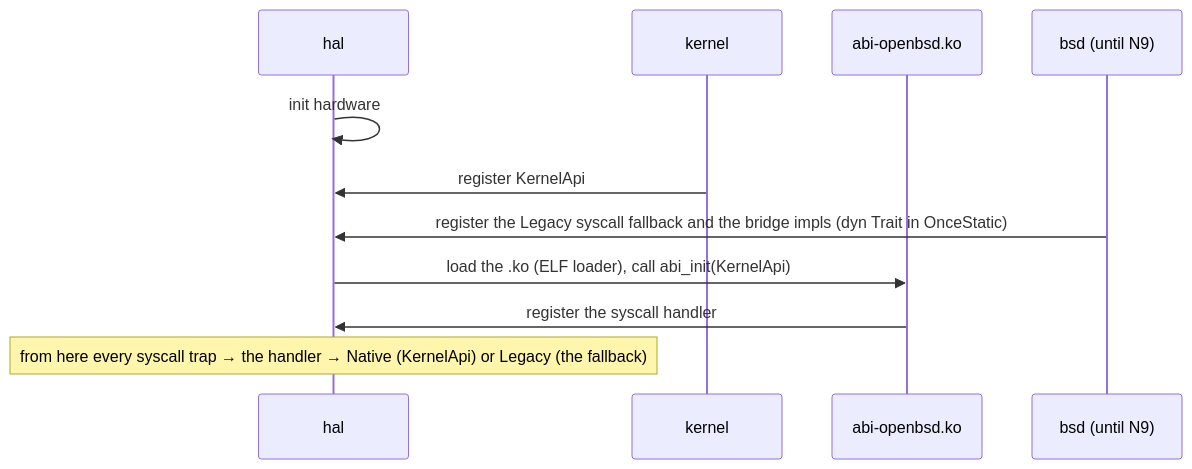
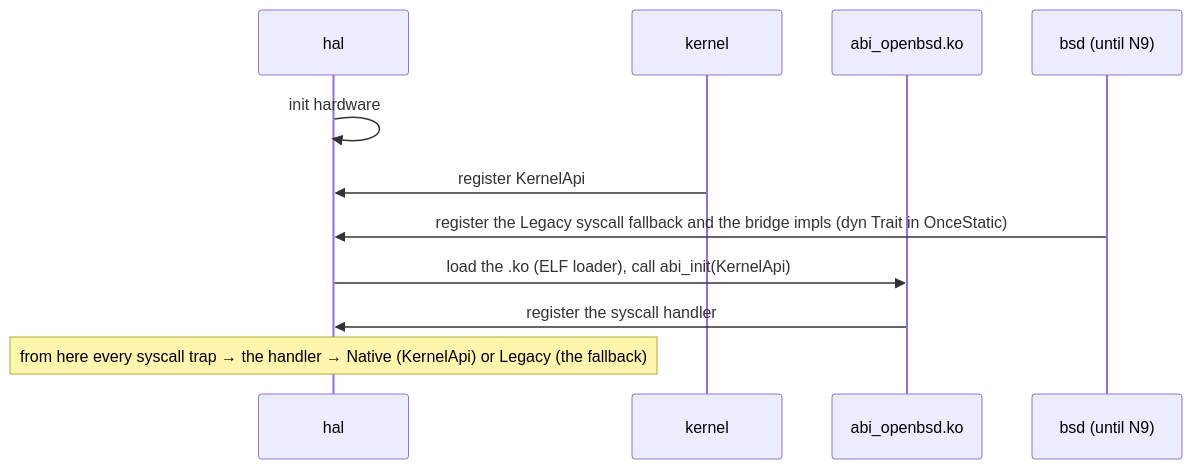
One commit to EmiBSD/Kernel changed the second of 2 diagrams in docs/ZERO_UNSAFE.md. Above: the diagram before and after it, drawn with Mermaid. The commit also changed other lines of this file and 40 other files, not shown here.

First line of the commit message:
build: rename the ABI module to abi_openbsd.ko (decision 38)

````diff
--- a/docs/ZERO_UNSAFE.md
+++ b/docs/ZERO_UNSAFE.md
@@ -40,13 +40,13 @@
 ```mermaid
 sequenceDiagram
     participant HAL as hal
     participant K as kernel
-    participant M as abi-openbsd.ko
+    participant M as abi_openbsd.ko
     participant B as bsd (until N9)
     HAL->>HAL: init hardware
     K->>HAL: register KernelApi
     B->>HAL: register the Legacy syscall fallback and the bridge impls (dyn Trait in OnceStatic)
     HAL->>M: load the .ko (ELF loader), call abi_init(KernelApi)
     M->>HAL: register the syscall handler
     Note over HAL: from here every syscall trap → the handler → Native (KernelApi) or Legacy (the fallback)
 ```
````
